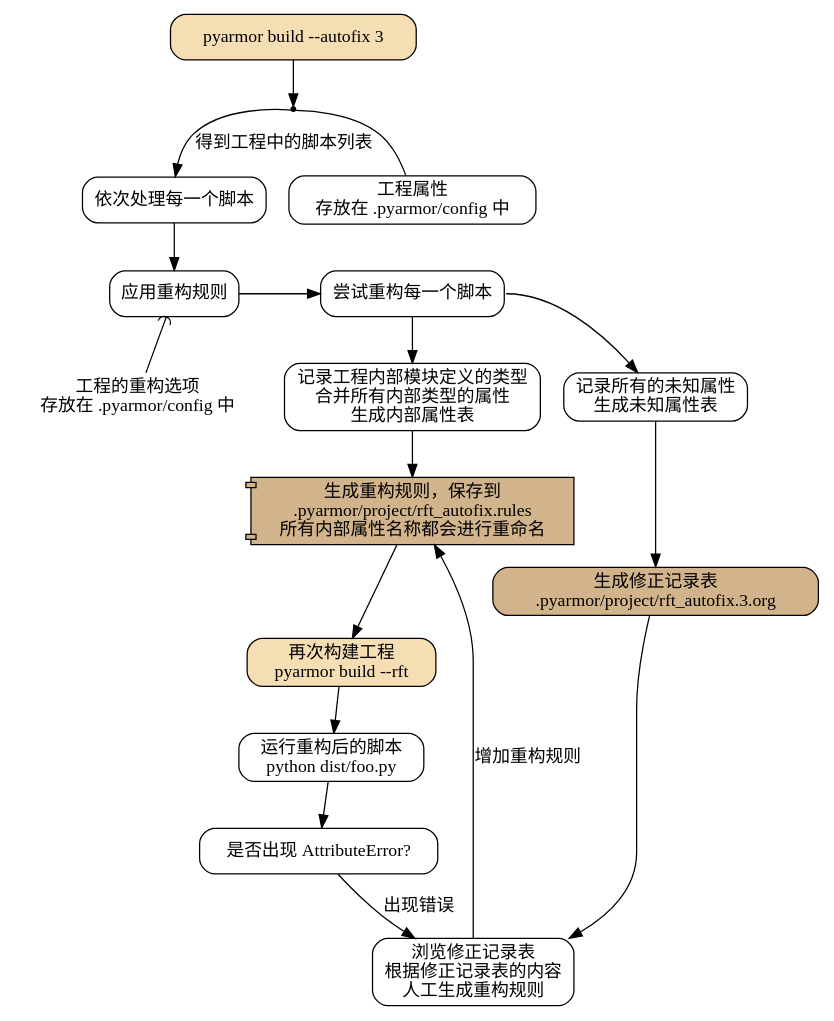
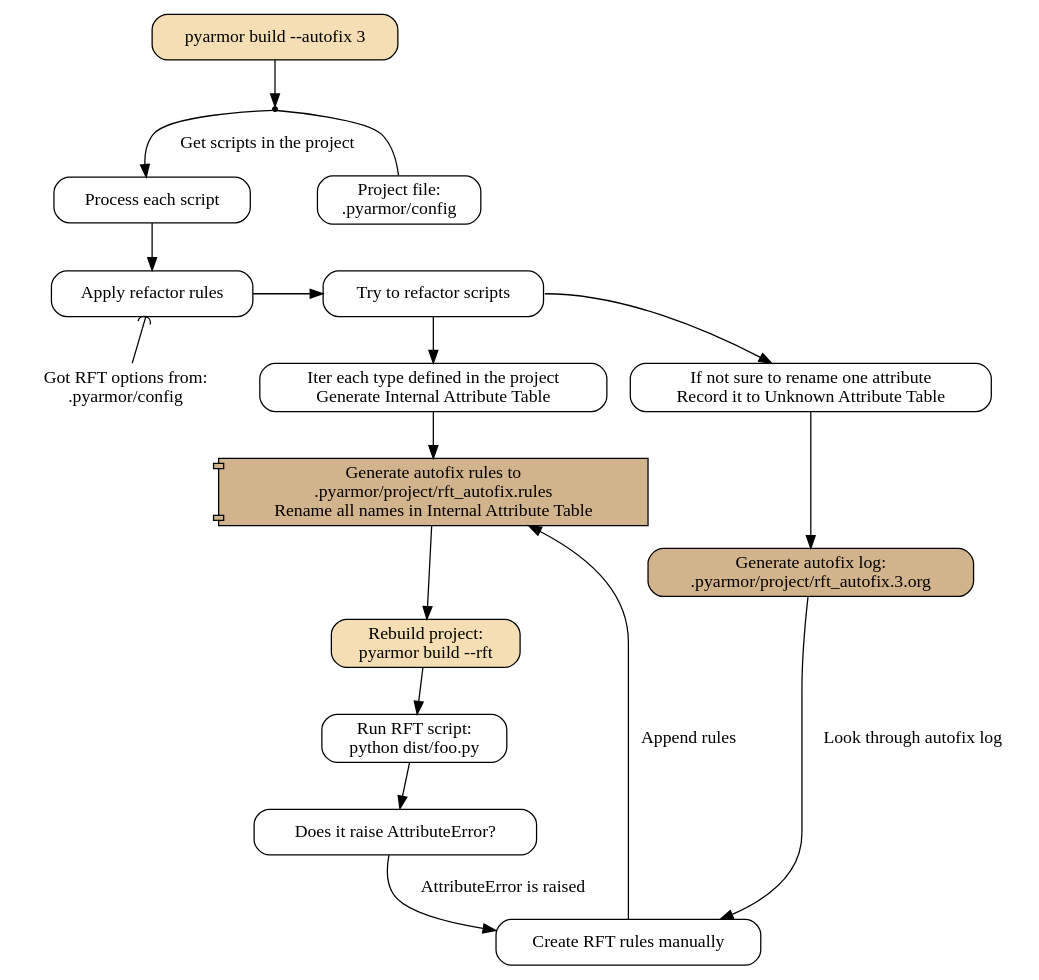
The ninth of 10 diagrams in pyarmor/learn/en/commands.rst (dashingsoft/dashingsoft.github.io), drawn with Graphviz before and after one commit. The commit also changed other lines of this file and 3 other files, not shown here.

```diff
--- a/pyarmor/learn/en/commands.rst
+++ b/pyarmor/learn/en/commands.rst
@@ -301,57 +298,55 @@
 .. graphviz::
-   :caption: 重构复杂脚本自动修正模式三
+   :caption: Refactor Complex Script Autofix Mode 3
    :align: center
    :name: g-project-rft-autofix-3
 
    digraph G {
       node [shape=box, style=rounded, target="_top"]
 
       build [label="pyarmor build --autofix 3"
              style="filled,rounded"
              fillcolor="wheat"]
       join1 [shape=point]
 
-      items [label="依次处理每一个脚本"]
+      items [label="Process each script"]
+      conf [label="Project file: \n.pyarmor/config"]
+      rules [shape=plaintext
+             label="Got RFT options from:\n.pyarmor/config"]
+      p1 [label="Apply refactor rules"]
+      rft [label="Try to refactor scripts"]
 
-      conf [label="工程属性\n存放在 .pyarmor/config 中"]
-
-      rules [shape=plaintext
-             label="工程的重构选项\n存放在 .pyarmor/config 中"]
-      p1 [label="应用重构规则"]
-      rft [label="尝试重构每一个脚本"]
-
-      n1 [label="记录工程内部模块定义的类型\n合并所有内部类型的属性\n生成内部属性表"]
-      n2 [label="记录所有的未知属性\n生成未知属性表"]
+      n1 [label="Iter each type defined in the project\nGenerate Internal Attribute Table"]
+      n2 [label="If not sure to rename one attribute\nRecord it to Unknown Attribute Table"]
 
       autofix [shape=component
                style="filled"
                fillcolor="tan"
-               label="生成重构规则，保存到\n.pyarmor/project/rft_autofix.rules\n所有内部属性名称都会进行重命名"]
+               label="Generate autofix rules to\n.pyarmor/project/rft_autofix.rules\nRename all names in Internal Attribute Table"]
       autolog [shape=box
                style="filled,rounded"
                fillcolor="tan"
-               label="生成修正记录表\n.pyarmor/project/rft_autofix.3.org"]
+               label="Generate autofix log:\n.pyarmor/project/rft_autofix.3.org"]
 
       build -> join1
       join1 -> conf [dir=none]
-      join1 -> items [label="得到工程中的脚本列表"]
+      join1 -> items [label="Get scripts in the project"]
       items -> p1
       rank=same { p1 -> rft }
       p1 -> rules [arrowtail=curve dir=back]
       rft -> n1 -> autofix
       rft -> n2 [tailport=e]
       n2 -> autolog
 
-      m1 [label="浏览修正记录表\n根据修正记录表的内容\n人工生成重构规则"]
-      autolog -> m1
-      m1 -> autofix [label="增加重构规则"]
+      m1 [label="Create RFT rules manually"]
+      autolog -> m1 [label="Look through autofix log"]
+      m1 -> autofix [label="Append rules"]
 
       rebuild [style="filled,rounded"
                fillcolor="wheat"
-               label="再次构建工程\npyarmor build --rft"]
-      test [label="运行重构后的脚本\npython dist/foo.py"]
-      fb [label="是否出现 AttributeError?"]
+               label="Rebuild project:\npyarmor build --rft"]
+      test [label="Run RFT script:\npython dist/foo.py"]
+      fb [label="Does it raise AttributeError?"]
 
       autofix -> rebuild -> test -> fb
-      fb -> m1 [label="出现错误"]
+      fb -> m1 [label="AttributeError is raised"]
    }
```
